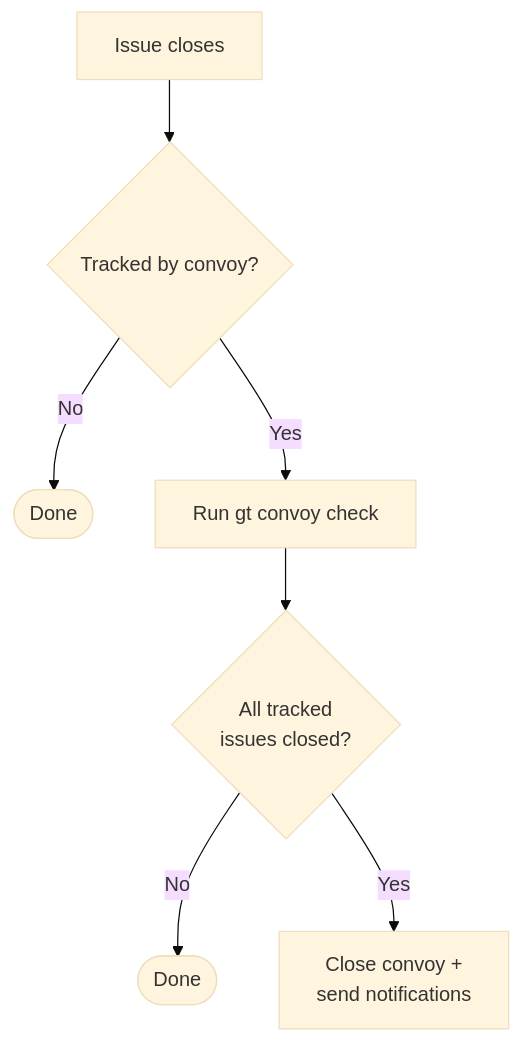
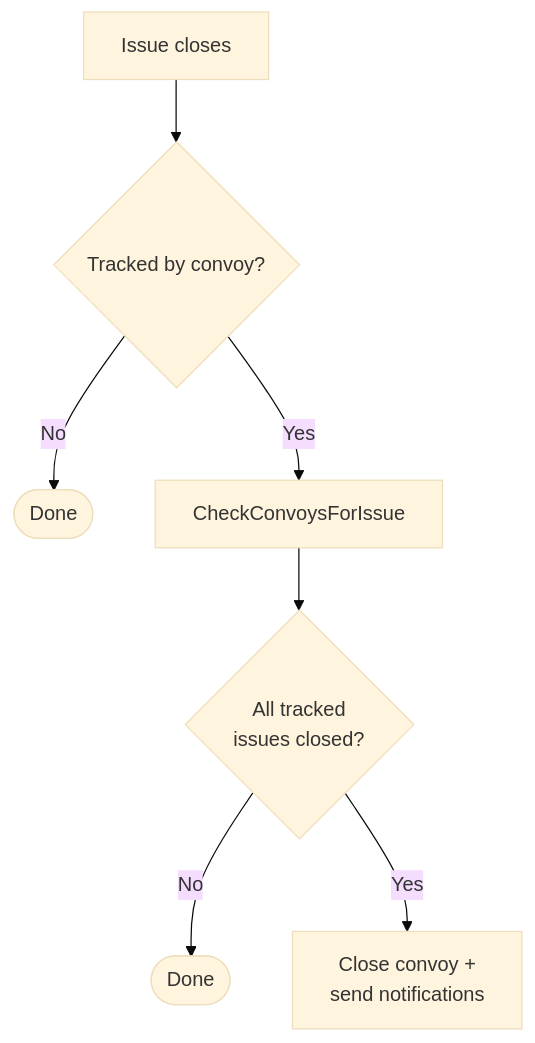
The second of 2 diagrams in docs/design/convoy/convoy-lifecycle.md (gastownhall/gastown), drawn with Mermaid (base theme) before and after one commit. The commit also changed other lines of this file and 8 other files, not shown here.

````diff
--- a/docs/design/convoy/convoy-lifecycle.md
+++ b/docs/design/convoy/convoy-lifecycle.md
@@ -208,9 +208,9 @@
 ```mermaid
 flowchart TD
     close["Issue closes"] --> tracked{"Tracked by convoy?"}
     tracked -->|No| done1(["Done"])
-    tracked -->|Yes| check["Run gt convoy check"]
+    tracked -->|Yes| check["CheckConvoysForIssue"]
     check --> all{"All tracked<br/>issues closed?"}
     all -->|No| done2(["Done"])
     all -->|Yes| notify["Close convoy +<br/>send notifications"]
 ```
````
